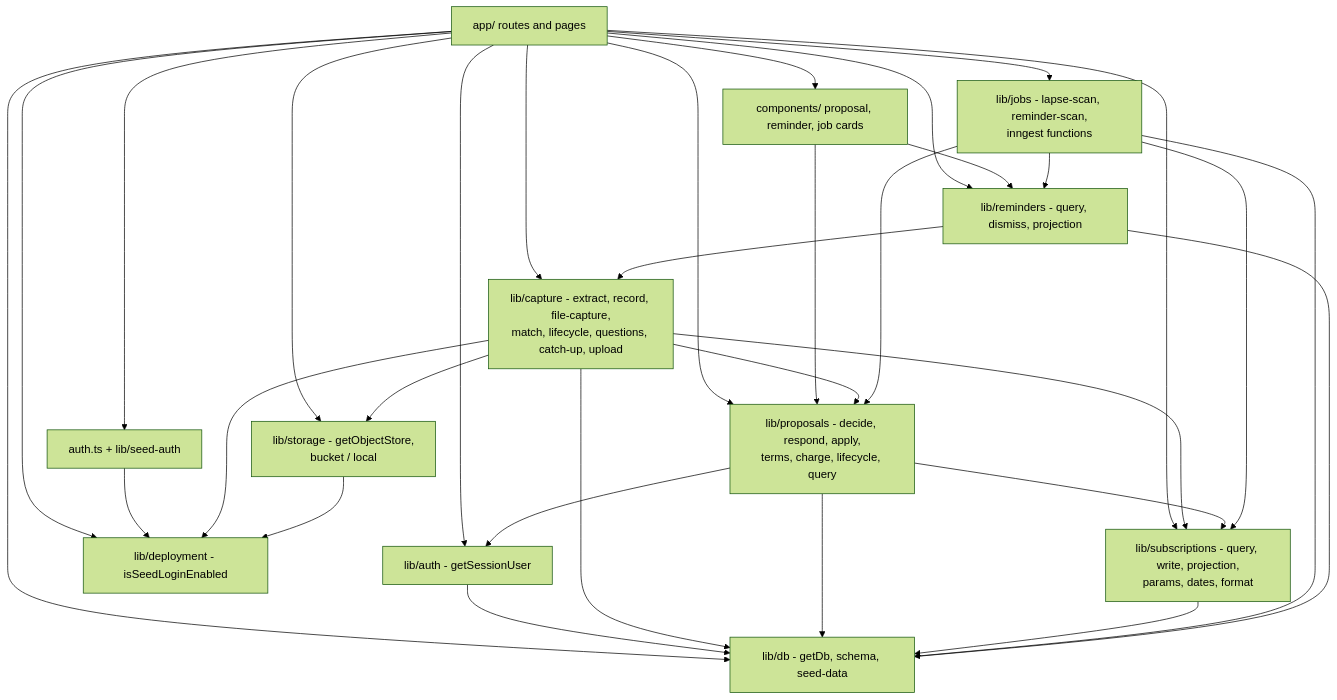
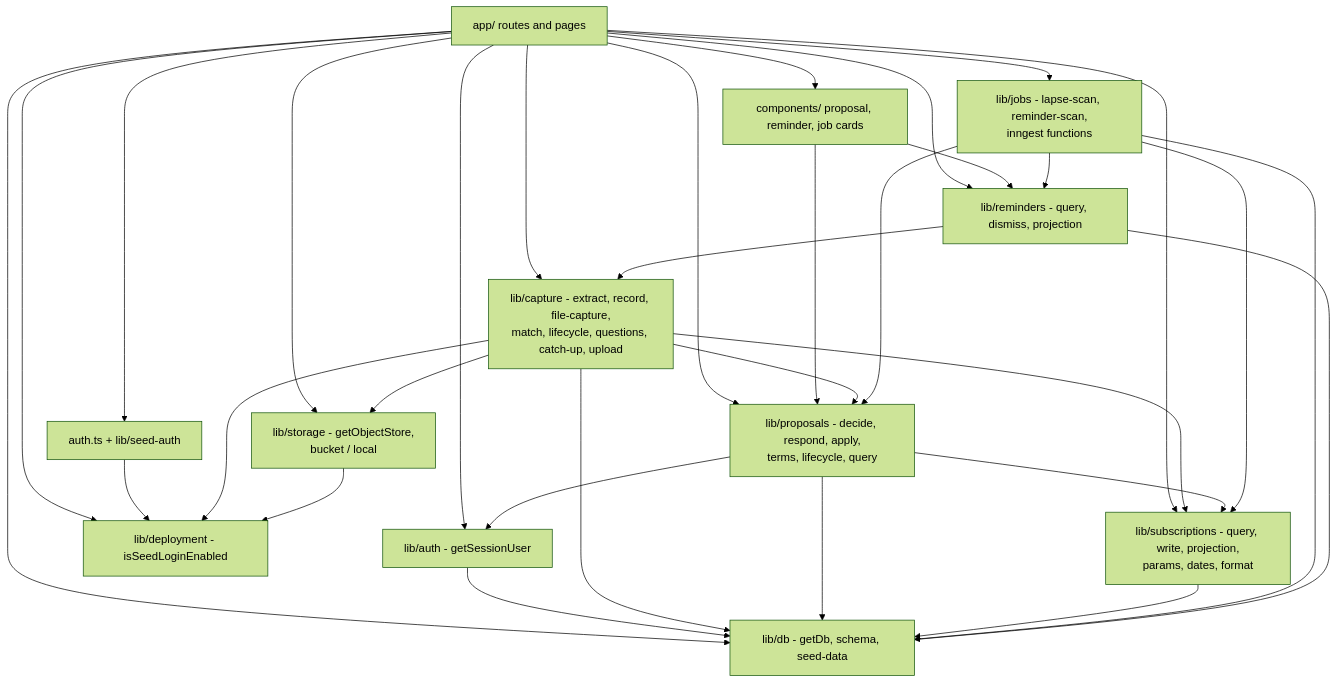
Before and after one commit to bhaveshbusa/subscription-records: the fourth of 4 diagrams in docs/architecture.md, drawn with Mermaid (forest theme). The commit also changed other lines of this file and 21 other files, not shown here.

````diff
--- a/docs/architecture.md
+++ b/docs/architecture.md
@@ -156,47 +155,47 @@
 ```mermaid
 flowchart TD
   app["app/ routes and pages"]
   components["components/ proposal, reminder, job cards"]
   authmod["lib/auth - getSessionUser"]
   authjs["auth.ts + lib/seed-auth"]
   deployment["lib/deployment - isSeedLoginEnabled"]
   capture["lib/capture - extract, record, file-capture,<br/>match, lifecycle, questions, catch-up, upload"]
-  proposalsmod["lib/proposals - decide, respond, apply,<br/>terms, charge, lifecycle, query"]
+  proposalsmod["lib/proposals - decide, respond, apply,<br/>terms, lifecycle, query"]
   subs["lib/subscriptions - query, write, projection,<br/>params, dates, format"]
   storage["lib/storage - getObjectStore,<br/>bucket / local"]
   jobs["lib/jobs - lapse-scan, reminder-scan,<br/>inngest functions"]
   remindersmod["lib/reminders - query, dismiss, projection"]
   dbmod["lib/db - getDb, schema, seed-data"]
 
   app --> components
   app --> authmod
   app --> authjs
   app --> deployment
   app --> capture
   app --> proposalsmod
   app --> subs
   app --> storage
   app --> jobs
   app --> remindersmod
   app --> dbmod
   components --> proposalsmod
   components --> remindersmod
   authjs --> deployment
   authmod --> dbmod
   capture --> proposalsmod
   capture --> subs
   capture --> storage
   capture --> deployment
   capture --> dbmod
   proposalsmod --> subs
   proposalsmod --> authmod
   proposalsmod --> dbmod
   subs --> dbmod
   storage --> deployment
   jobs --> proposalsmod
   jobs --> subs
   jobs --> remindersmod
   jobs --> dbmod
   remindersmod --> capture
   remindersmod --> dbmod
 ```
````
